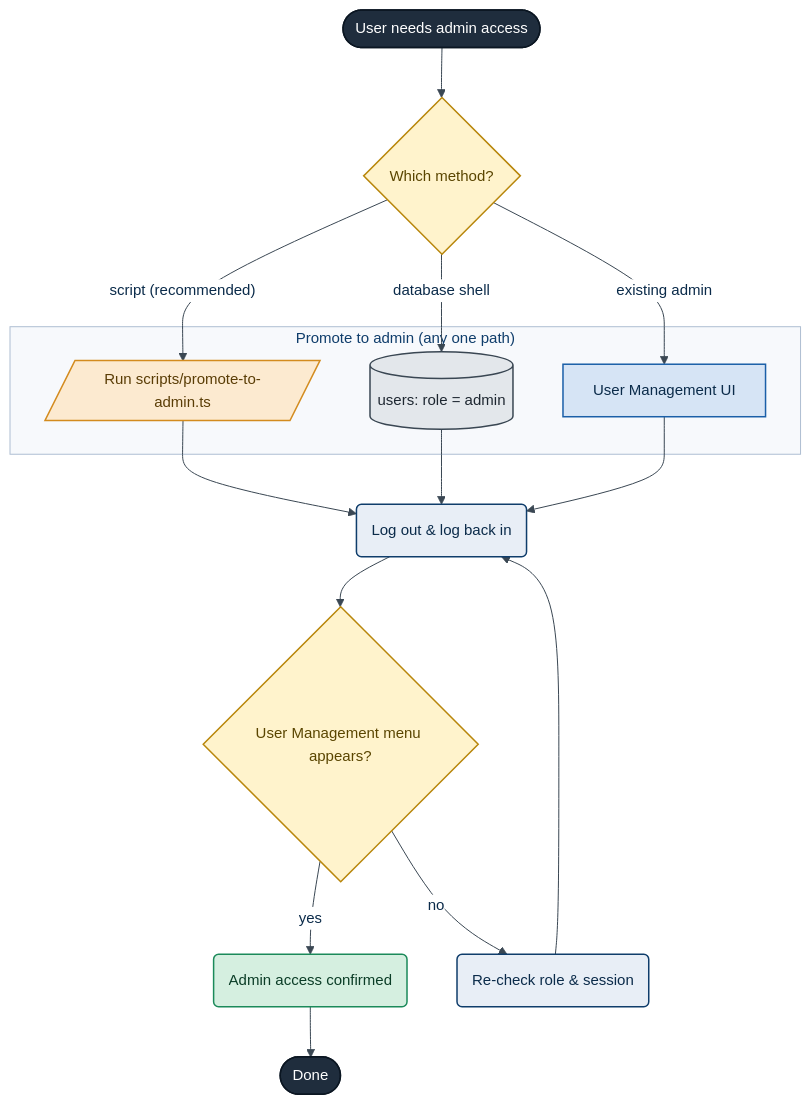
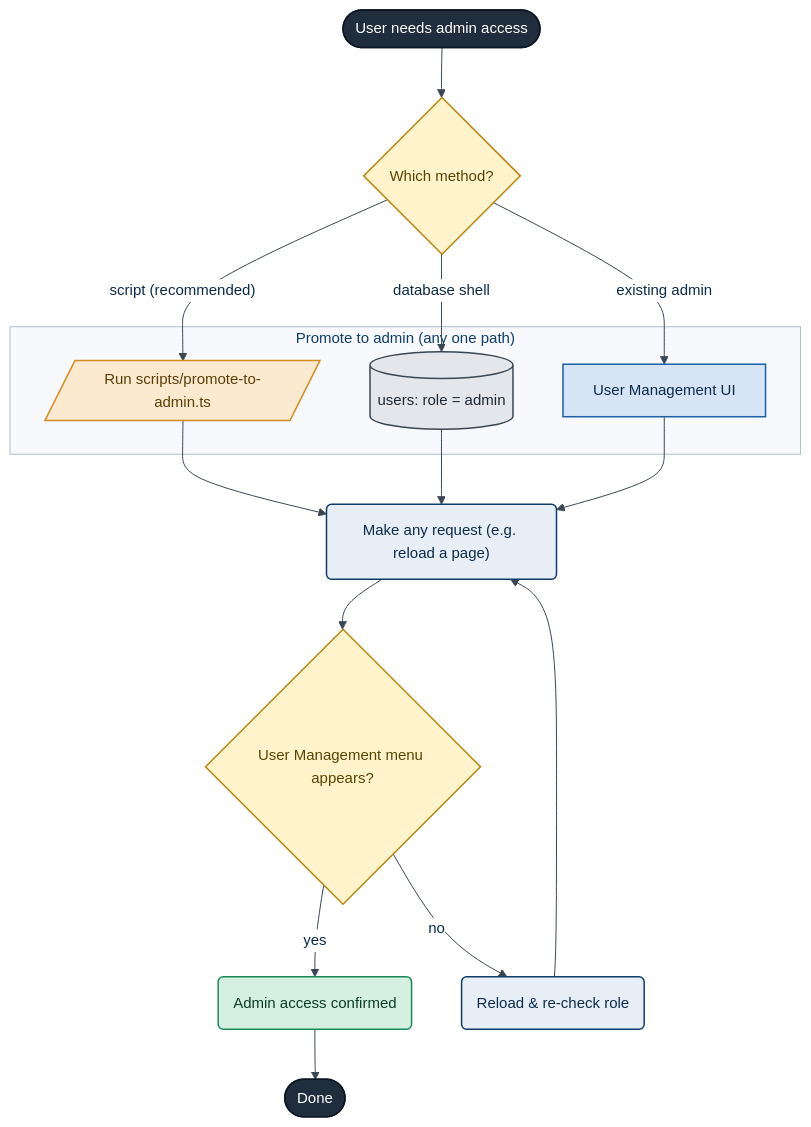
One commit to KennyGraham1/catalogofcatalogs changed the diagram in docs/source/appendix/how_to_become_admin.rst. Above: the diagram before and after it, drawn with Mermaid. The commit also changed other lines of this file and 396 other files, not shown here.

```diff
--- a/docs/source/appendix/how_to_become_admin.rst
+++ b/docs/source/appendix/how_to_become_admin.rst
@@ -17,56 +17,56 @@
 .. mermaid::
    :align: center
 
    %%{init: {"theme":"base","themeVariables":{"fontFamily":"Inter, \"Helvetica Neue\", Arial, sans-serif","fontSize":"15px","lineColor":"#3A4753","primaryColor":"#D6E4F5","primaryBorderColor":"#1B5FA8","primaryTextColor":"#0B2B4A","secondaryColor":"#CFEAE6","tertiaryColor":"#FBEAD2","mainBkg":"#D6E4F5","nodeBorder":"#1B5FA8","clusterBkg":"#F7F9FC","clusterBorder":"#AEBED2","titleColor":"#0F3D6B","edgeLabelBackground":"#FFFFFF"}}}%%
    flowchart TD
        Start(["User needs admin access"])
        Method{"Which method?"}
 
        subgraph Promote["Promote to admin (any one path)"]
            Script[/"Run scripts/promote-to-admin.ts"/]
            DBSet[("users: role = admin")]
            GUI["User Management UI"]
        end
 
-       Logout("Log out &amp; log back in")
+       NextReq("Make any request (e.g. reload a page)")
        Verify{"User Management menu appears?"}
        OK("Admin access confirmed")
-       Retry("Re-check role &amp; session")
+       Retry("Reload &amp; re-check role")
        Done(["Done"])
 
        Start --> Method
        Method -->|"script (recommended)"| Script
        Method -->|"database shell"| DBSet
        Method -->|"existing admin"| GUI
 
-       Script --> Logout
-       DBSet --> Logout
-       GUI --> Logout
+       Script --> NextReq
+       DBSet --> NextReq
+       GUI --> NextReq
 
-       Logout --> Verify
+       NextReq --> Verify
        Verify -->|"yes"| OK
        Verify -->|"no"| Retry
-       Retry --> Logout
+       Retry --> NextReq
        OK --> Done
 
        style Promote fill:#F7F9FC,stroke:#AEBED2,stroke-width:1px,color:#0F3D6B
 
        class Start,Done terminal
        class Method,Verify decision
        class Script process
        class DBSet datastore
        class GUI frontend
-       class Logout,Retry userAction
+       class NextReq,Retry userAction
        class OK success
 
        classDef userAction fill:#E8EEF6,stroke:#0F3D6B,stroke-width:1.5px,color:#0B2B4A
        classDef frontend fill:#D6E4F5,stroke:#1B5FA8,stroke-width:1.5px,color:#0B2B4A
        classDef backend fill:#CFEAE6,stroke:#0E7C72,stroke-width:1.5px,color:#08423D
        classDef library fill:#FBEAD2,stroke:#9C6A12,stroke-width:1.5px,color:#5A3D06
        classDef datastore fill:#E3E7EB,stroke:#3A4753,stroke-width:1.5px,color:#1E2731
        classDef external fill:#EFDDEC,stroke:#8E3A82,stroke-width:1.5px,color:#4A1C43,stroke-dasharray:4 3
        classDef process fill:#FCEAD0,stroke:#D38B1E,stroke-width:1.5px,color:#5A3D06
        classDef decision fill:#FFF3CC,stroke:#B8860B,stroke-width:1.5px,color:#5A4500
        classDef success fill:#D5EFE0,stroke:#1B8A5A,stroke-width:1.5px,color:#0B3D27
        classDef warning fill:#FBE0DA,stroke:#C24A2B,stroke-width:1.5px,color:#5E1C0C
        classDef terminal fill:#1F2D3D,stroke:#0B1622,stroke-width:1.5px,color:#FFFFFF
```
